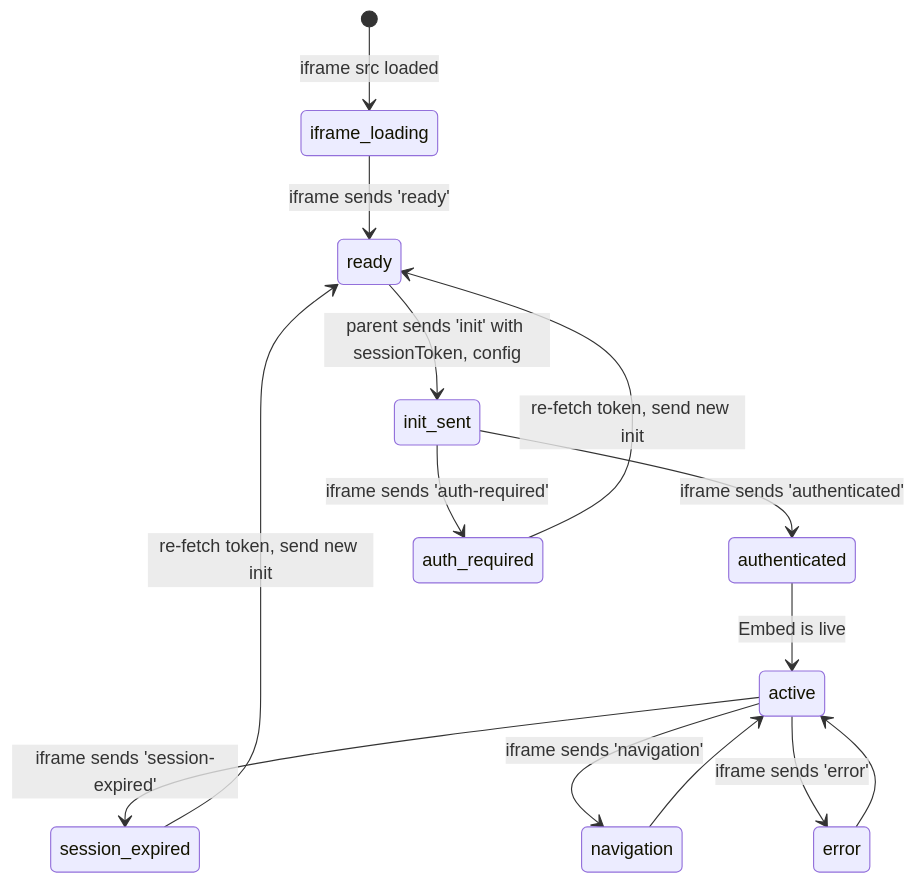
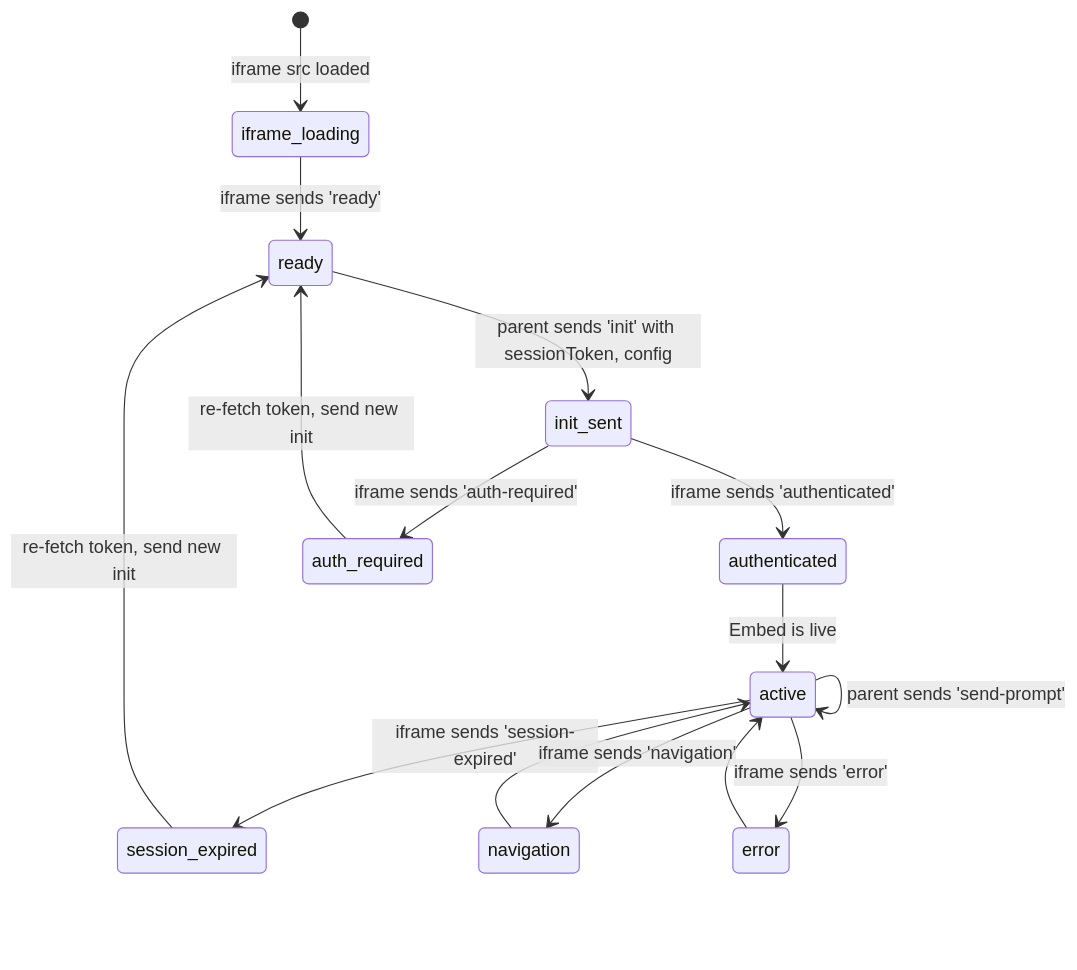
Before and after one commit to Querri-inc/querri-embed: the second of 2 diagrams in docs/api-guide.md, drawn with Mermaid. The commit also changed other lines of this file and 9 other files, not shown here.

First line of the commit message:
Adds `sendPrompt` API for programmatic chat input

````diff
--- a/docs/api-guide.md
+++ b/docs/api-guide.md
@@ -371,16 +371,17 @@
 ```mermaid
 stateDiagram-v2
     [*] --> iframe_loading: iframe src loaded
     iframe_loading --> ready: iframe sends 'ready'
     ready --> init_sent: parent sends 'init' with sessionToken, config
     init_sent --> authenticated: iframe sends 'authenticated'
     init_sent --> auth_required: iframe sends 'auth-required'
     authenticated --> active: Embed is live
     active --> session_expired: iframe sends 'session-expired'
     session_expired --> ready: re-fetch token, send new init
     auth_required --> ready: re-fetch token, send new init
     active --> navigation: iframe sends 'navigation'
     active --> error: iframe sends 'error'
+    active --> active: parent sends 'send-prompt'
     navigation --> active
     error --> active
 ```
````
